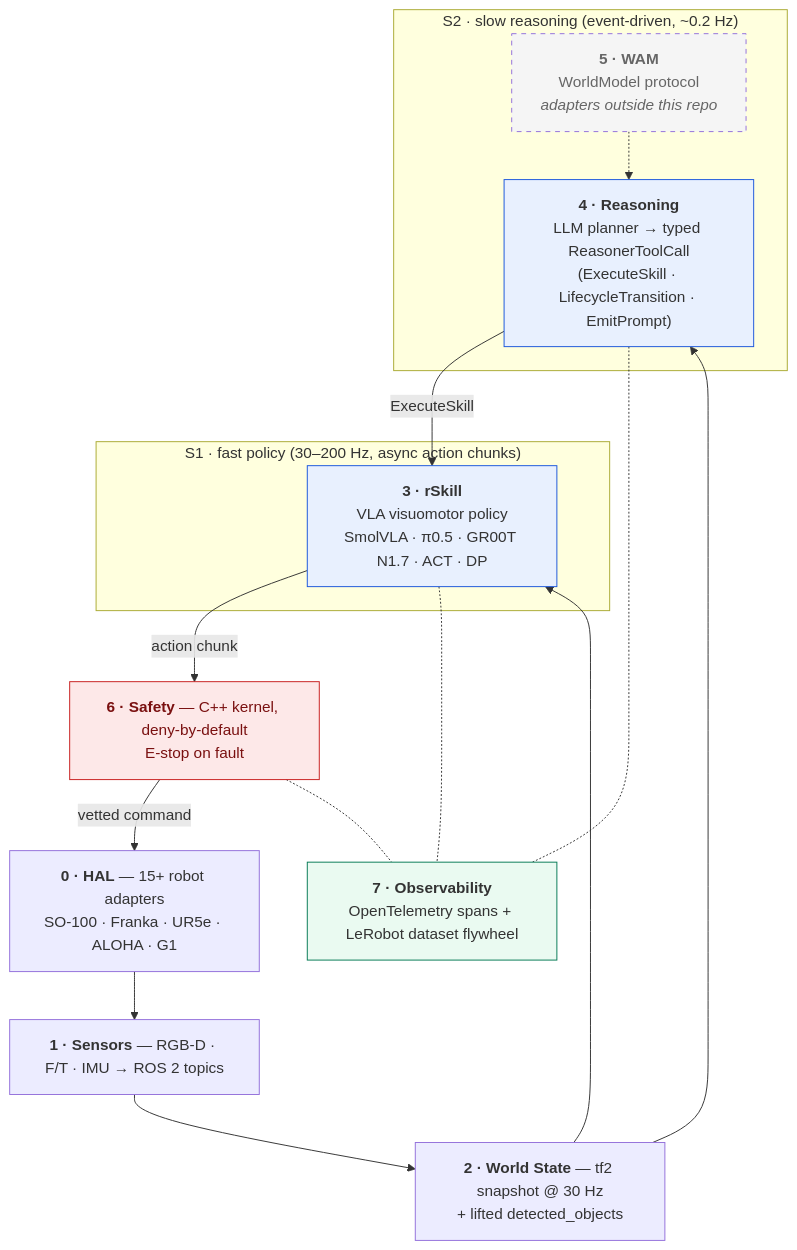
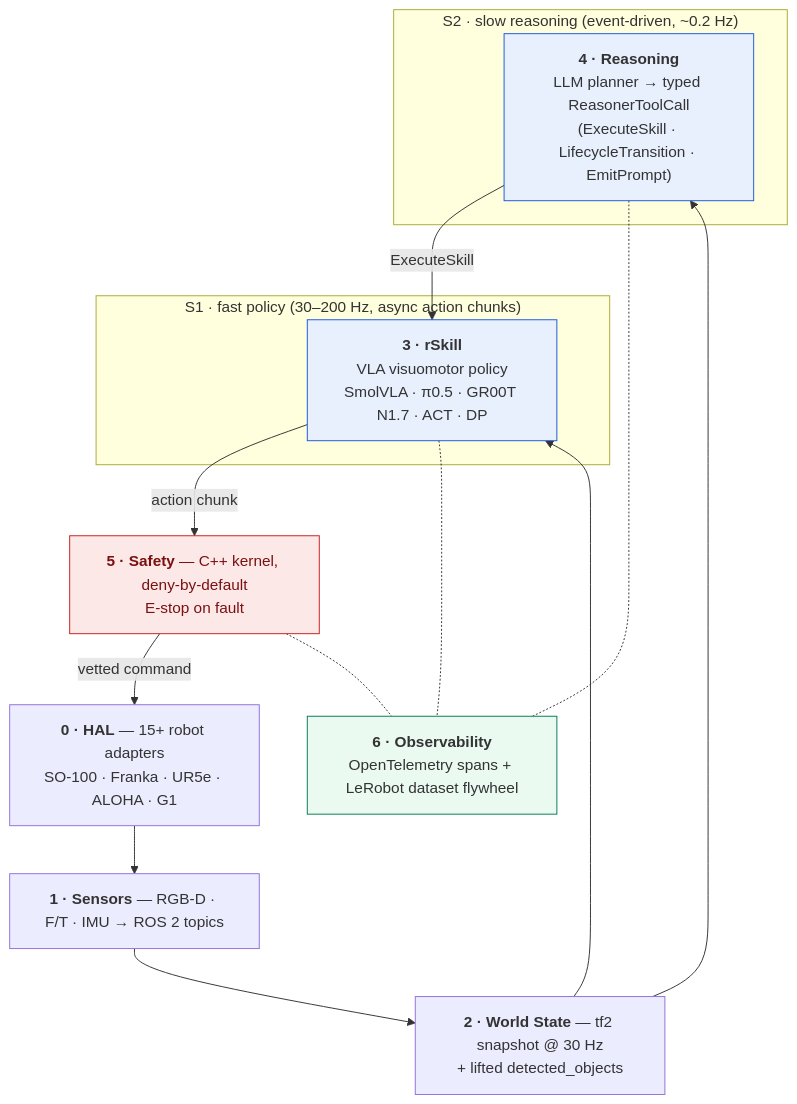
Before and after one commit to OpenRAL/openral: the diagram in README.md, drawn with Mermaid. The commit also changed other lines of this file and 26 other files, not shown here.

First line of the commit message:
docs(architecture): retire WAM as a core layer, fix repo-state-map HW status drift (#286)

````diff
--- a/README.md
+++ b/README.md
@@ -249,38 +249,34 @@
 ```mermaid
 flowchart TB
     subgraph S2["S2 · slow reasoning (event-driven, ~0.2 Hz)"]
         REASON["<b>4 · Reasoning</b><br/>LLM planner → typed ReasonerToolCall<br/>(ExecuteSkill · LifecycleTransition · EmitPrompt)"]
-        WAM["<b>5 · WAM</b><br/>WorldModel protocol<br/><i>adapters outside this repo</i>"]
     end
 
     subgraph S1["S1 · fast policy (30–200 Hz, async action chunks)"]
         RSKILL["<b>3 · rSkill</b><br/>VLA visuomotor policy<br/>SmolVLA · π0.5 · GR00T N1.7 · ACT · DP"]
     end
 
     HAL["<b>0 · HAL</b> — 15+ robot adapters<br/>SO-100 · Franka · UR5e · ALOHA · G1"]
     SENSORS["<b>1 · Sensors</b> — RGB-D · F/T · IMU → ROS 2 topics"]
     WORLD["<b>2 · World State</b> — tf2 snapshot @ 30 Hz<br/>+ lifted detected_objects"]
-    SAFETY["<b>6 · Safety</b> — C++ kernel, deny-by-default<br/>E-stop on fault"]
-    OBS["<b>7 · Observability</b><br/>OpenTelemetry spans + LeRobot dataset flywheel"]
+    SAFETY["<b>5 · Safety</b> — C++ kernel, deny-by-default<br/>E-stop on fault"]
+    OBS["<b>6 · Observability</b><br/>OpenTelemetry spans + LeRobot dataset flywheel"]
 
     HAL --> SENSORS --> WORLD
     WORLD --> RSKILL
     WORLD --> REASON
-    WAM -.-> REASON
     REASON -- ExecuteSkill --> RSKILL
     RSKILL -- action chunk --> SAFETY
     SAFETY -- vetted command --> HAL
 
     RSKILL -.- OBS
     REASON -.- OBS
     SAFETY -.- OBS
 
-    classDef external stroke-dasharray:5 5,fill:#f5f5f5,color:#666;
     classDef safety fill:#fde8e8,stroke:#c81e1e,color:#7a1010;
     classDef policy fill:#e8f0fe,stroke:#1a56db;
     classDef obs fill:#eafaf1,stroke:#057a55;
-    class WAM external;
     class SAFETY safety;
     class RSKILL,REASON policy;
     class OBS obs;
 ```
````
